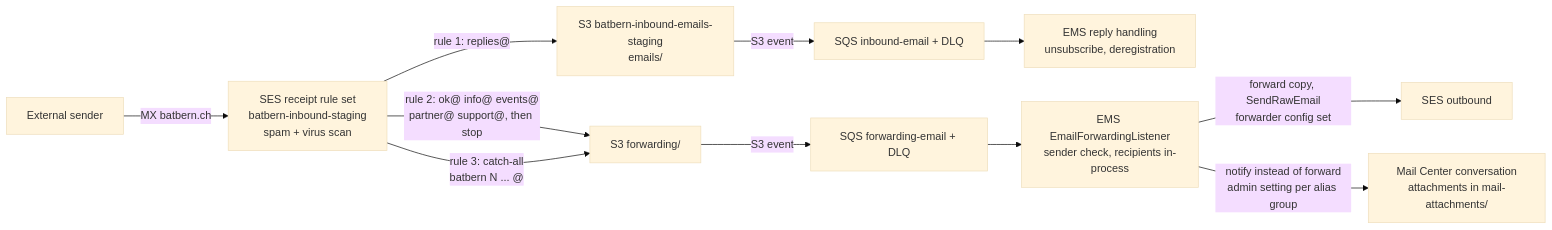
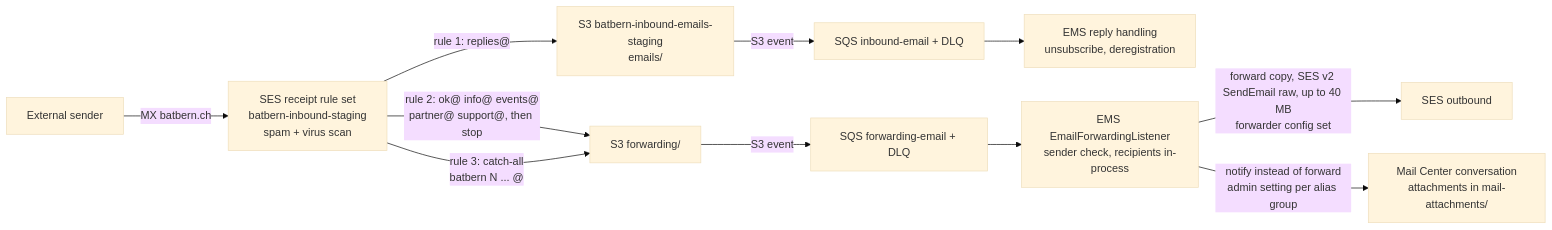
Before and after one commit to nissimbuchs/BATbern2: diagram 22 of 26 in docs/architecture/02-infrastructure-deployment.md, drawn with Mermaid (base theme). The commit also changed other lines of this file and 351 other files, not shown here.

````diff
--- a/docs/architecture/02-infrastructure-deployment.md
+++ b/docs/architecture/02-infrastructure-deployment.md
@@ -1198,14 +1218,14 @@
 ```mermaid
 graph LR
     SENDER["External sender"] -->|"MX batbern.ch"| SESIN["SES receipt rule set<br/>batbern-inbound-staging<br/>spam + virus scan"]
 
     SESIN -->|"rule 1: replies@"| E["S3 batbern-inbound-emails-staging<br/>emails/"]
     SESIN -->|"rule 2: ok@ info@ events@<br/>partner@ support@, then stop"| F["S3 forwarding/"]
     SESIN -->|"rule 3: catch-all<br/>batbern N ... @"| F
 
     E -->|"S3 event"| QI["SQS inbound-email + DLQ"] --> EMS1["EMS reply handling<br/>unsubscribe, deregistration"]
     F -->|"S3 event"| QF["SQS forwarding-email + DLQ"] --> EMS2["EMS EmailForwardingListener<br/>sender check, recipients in-process"]
 
-    EMS2 -->|"forward copy, SendRawEmail<br/>forwarder config set"| SESOUT["SES outbound"]
+    EMS2 -->|"forward copy, SES v2 SendEmail raw, up to 40 MB<br/>forwarder config set"| SESOUT["SES outbound"]
     EMS2 -->|"notify instead of forward<br/>admin setting per alias group"| MCN["Mail Center conversation<br/>attachments in mail-attachments/"]
 ```
````
